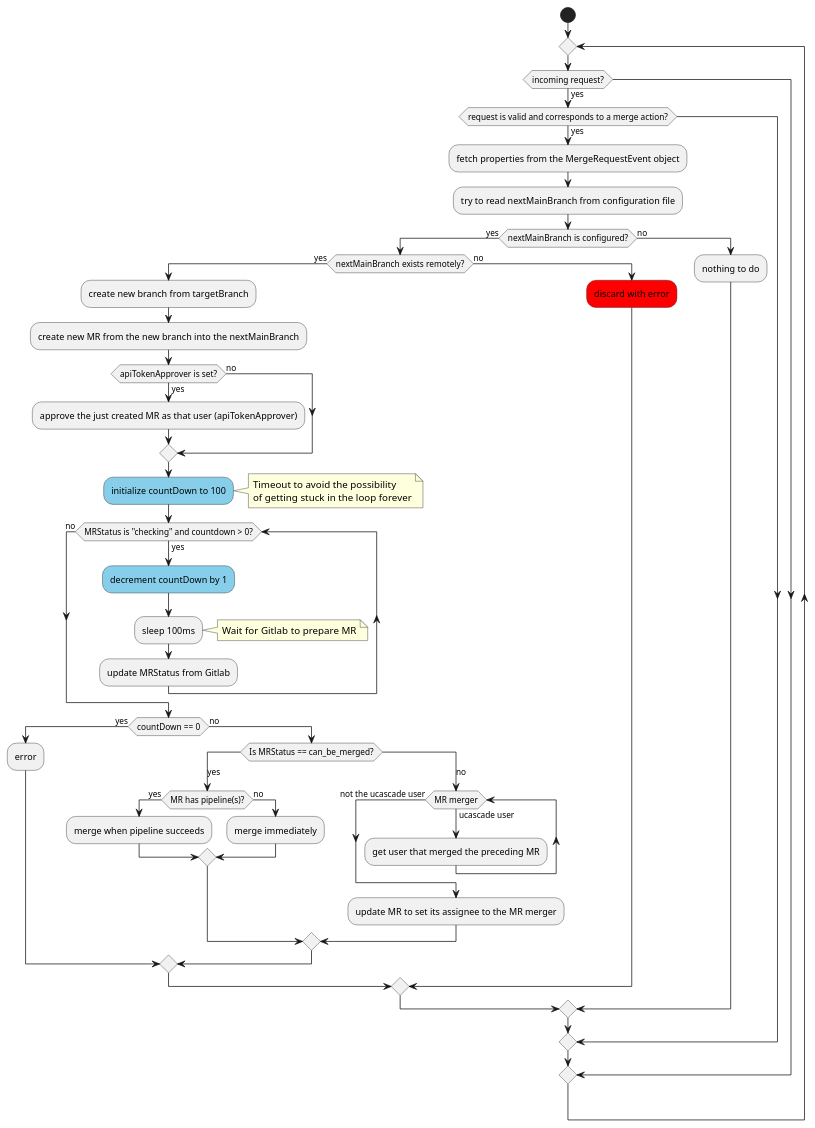
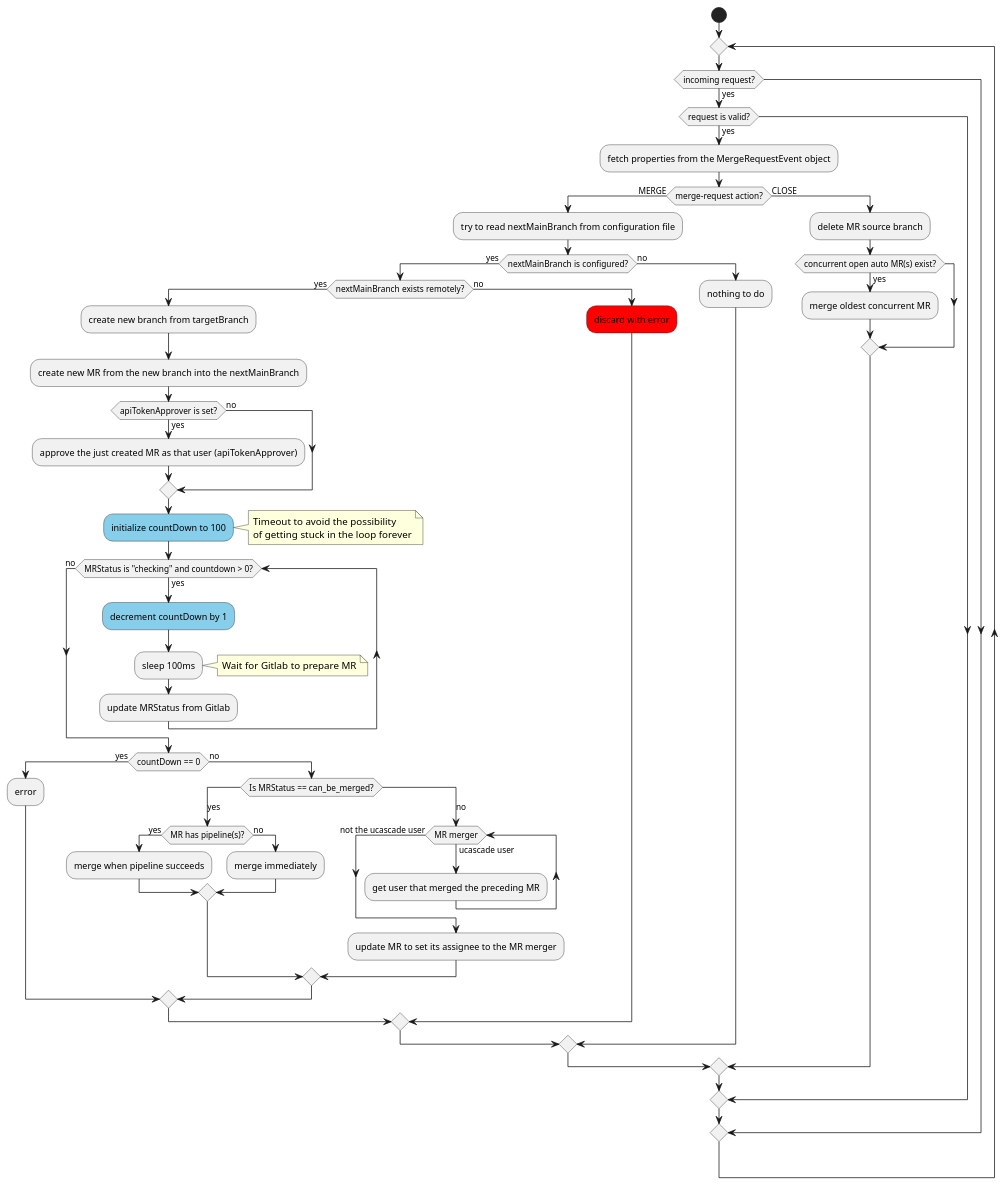
Before and after one commit to unblu/ucascade: the diagram in _documentation/src/docs/diagrams/technical-workflow.puml, drawn with PlantUML. The commit also changed 4 other files, not shown here.

```diff
--- a/_documentation/src/docs/diagrams/technical-workflow.puml
+++ b/_documentation/src/docs/diagrams/technical-workflow.puml
@@ -1,53 +1,60 @@
 @startuml technical-workflow
 start
 repeat
 if (incoming request?) then (yes)
-    if (request is valid and corresponds to a merge action?) then (yes)
+    if (request is valid?) then (yes)
         :fetch properties from the MergeRequestEvent object;
-        :try to read nextMainBranch from configuration file;
-        if (nextMainBranch is configured?) then (yes)
-            if (nextMainBranch exists remotely?) then (yes)
-                :create new branch from targetBranch;
-                :create new MR from the new branch into the nextMainBranch;
-                if (apiTokenApprover is set?) then (yes)
-                    :approve the just created MR as that user (apiTokenApprover);
+        if (merge-request action?) then (MERGE)
+            :try to read nextMainBranch from configuration file;
+            if (nextMainBranch is configured?) then (yes)
+                if (nextMainBranch exists remotely?) then (yes)
+                    :create new branch from targetBranch;
+                    :create new MR from the new branch into the nextMainBranch;
+                    if (apiTokenApprover is set?) then (yes)
+                        :approve the just created MR as that user (apiTokenApprover);
+                    else (no)
+                    endif
+                    #SkyBlue:initialize countDown to 100;
+                    note right 
+                        Timeout to avoid the possibility
+                        of getting stuck in the loop forever
+                    end note
+                    while(MRStatus is "checking" and countdown > 0?) is (yes)
+                        #SkyBlue:decrement countDown by 1;
+                        :sleep 100ms;
+                        note right: Wait for Gitlab to prepare MR
+                        :update MRStatus from Gitlab;
+                    endwhile (no)
+                    if (countDown == 0) then (yes) 
+                        :error;
+                    else (no)
+                        switch(Is MRStatus == can_be_merged?)
+                        case (yes)
+                            if (MR has pipeline(s)?) then (yes)
+                                :merge when pipeline succeeds;
+                            else (no)
+                                :merge immediately;
+                            endif
+                        case (no)
+                            while(MR merger) is (ucascade user)
+                                :get user that merged the preceding MR;
+                            endwhile (not the ucascade user)
+                            :update MR to set its assignee to the MR merger;
+                        endswitch
+                    endif
                 else (no)
+                    #red:discard with error;
                 endif
-                #SkyBlue:initialize countDown to 100;
-                note right 
-                    Timeout to avoid the possibility
-                    of getting stuck in the loop forever
-                end note
-                while(MRStatus is "checking" and countdown > 0?) is (yes)
-                    #SkyBlue:decrement countDown by 1;
-                    :sleep 100ms;
-                    note right: Wait for Gitlab to prepare MR
-                    :update MRStatus from Gitlab;
-                endwhile (no)
-                if (countDown == 0) then (yes) 
-                    :error;
                 else (no)
-                    switch(Is MRStatus == can_be_merged?)
-                    case (yes)
-                        if (MR has pipeline(s)?) then (yes)
-                            :merge when pipeline succeeds;
-                        else (no)
-                            :merge immediately;
-                        endif
-                    case (no)
-                        while(MR merger) is (ucascade user)
-                            :get user that merged the preceding MR;
-                        endwhile (not the ucascade user)
-                        :update MR to set its assignee to the MR merger;
-                    endswitch
-                endif
-            else (no)
-                #red:discard with error;
+                    :nothing to do;
             endif
-            else (no)
-                :nothing to do;
+        else (CLOSE)
+            :delete MR source branch;
+            if (concurrent open auto MR(s) exist?) then (yes)
+                :merge oldest concurrent MR;
+            endif
         endif
     endif
 endif
 repeat while
 @enduml
```
